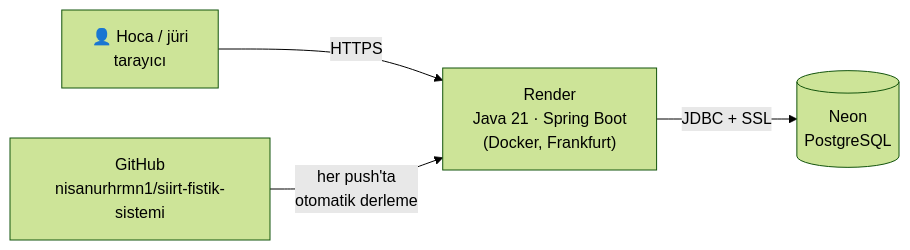
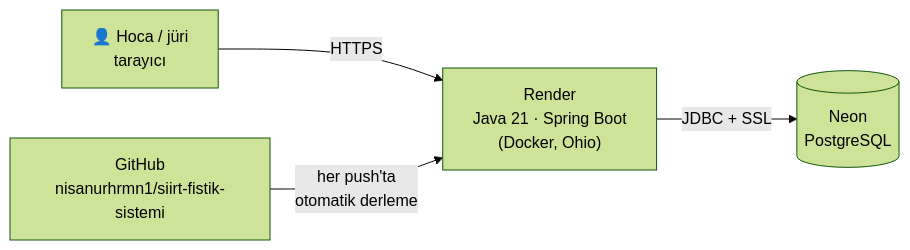
One commit to nisanurhrmn1/siirt-fistik-sistemi changed the diagram in docs/YAYINLAMA.md. Above: the diagram before and after it, drawn with Mermaid (forest theme). The commit also changed other lines of this file and 1 other file, not shown here.

Commit message:
chore(yayın): Render bölgesini Neon veritabanıyla eşleştir (Ohio)

````diff
--- a/docs/YAYINLAMA.md
+++ b/docs/YAYINLAMA.md
@@ -12,6 +12,6 @@
 ```mermaid
 flowchart LR
-    U["👤 Hoca / jüri<br/>tarayıcı"] -- HTTPS --> R["Render<br/>Java 21 · Spring Boot<br/>(Docker, Frankfurt)"]
+    U["👤 Hoca / jüri<br/>tarayıcı"] -- HTTPS --> R["Render<br/>Java 21 · Spring Boot<br/>(Docker, Ohio)"]
     R -- "JDBC + SSL" --> N[("Neon<br/>PostgreSQL")]
     G["GitHub<br/>nisanurhrmn1/siirt-fistik-sistemi"] -- "her push'ta<br/>otomatik derleme" --> R
 ```
````
